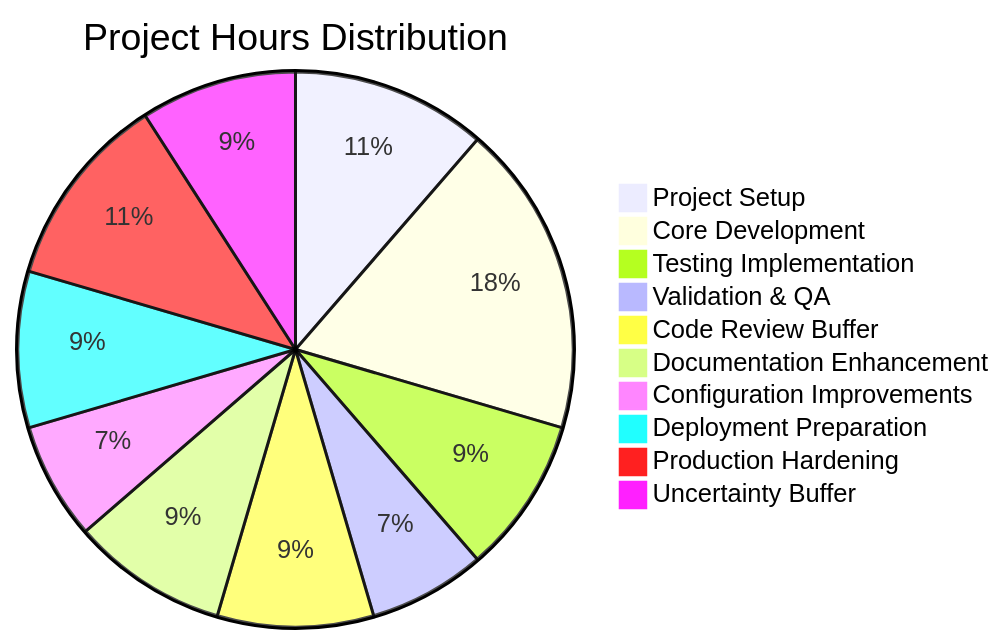
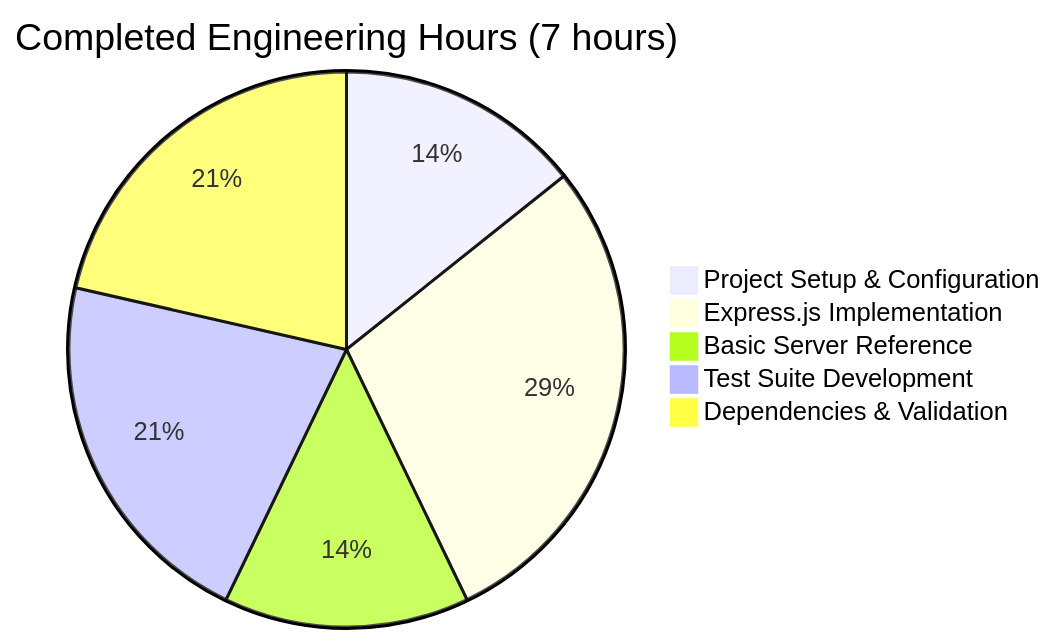
One commit to blitzytest02/blitzy-20250603112938989 changed the first of 2 diagrams in blitzy/documentation/Project Guide.md. Above: the diagram before and after it, drawn with Mermaid. The commit also changed other lines of this file, not shown here.

Commit message:
Adding Blitzy Project Guide: Project Status and Human Tasks Remaining

````diff
--- a/blitzy/documentation/Project Guide.md
+++ b/blitzy/documentation/Project Guide.md
@@ -622,13 +184,8 @@
 ```mermaid
-pie title Project Hours Distribution
-    "Project Setup" : 2.5
-    "Core Development" : 4.0
-    "Testing Implementation" : 2.0
-    "Validation & QA" : 1.5
-    "Code Review Buffer" : 2.0
-    "Documentation Enhancement" : 2.0
-    "Configuration Improvements" : 1.5
-    "Deployment Preparation" : 2.0
-    "Production Hardening" : 2.5
-    "Uncertainty Buffer" : 2.0
+pie title Completed Engineering Hours (7 hours)
+    "Project Setup & Configuration" : 1
+    "Express.js Implementation" : 2
+    "Basic Server Reference" : 1
+    "Test Suite Development" : 1.5
+    "Dependencies & Validation" : 1.5
 ```
````
